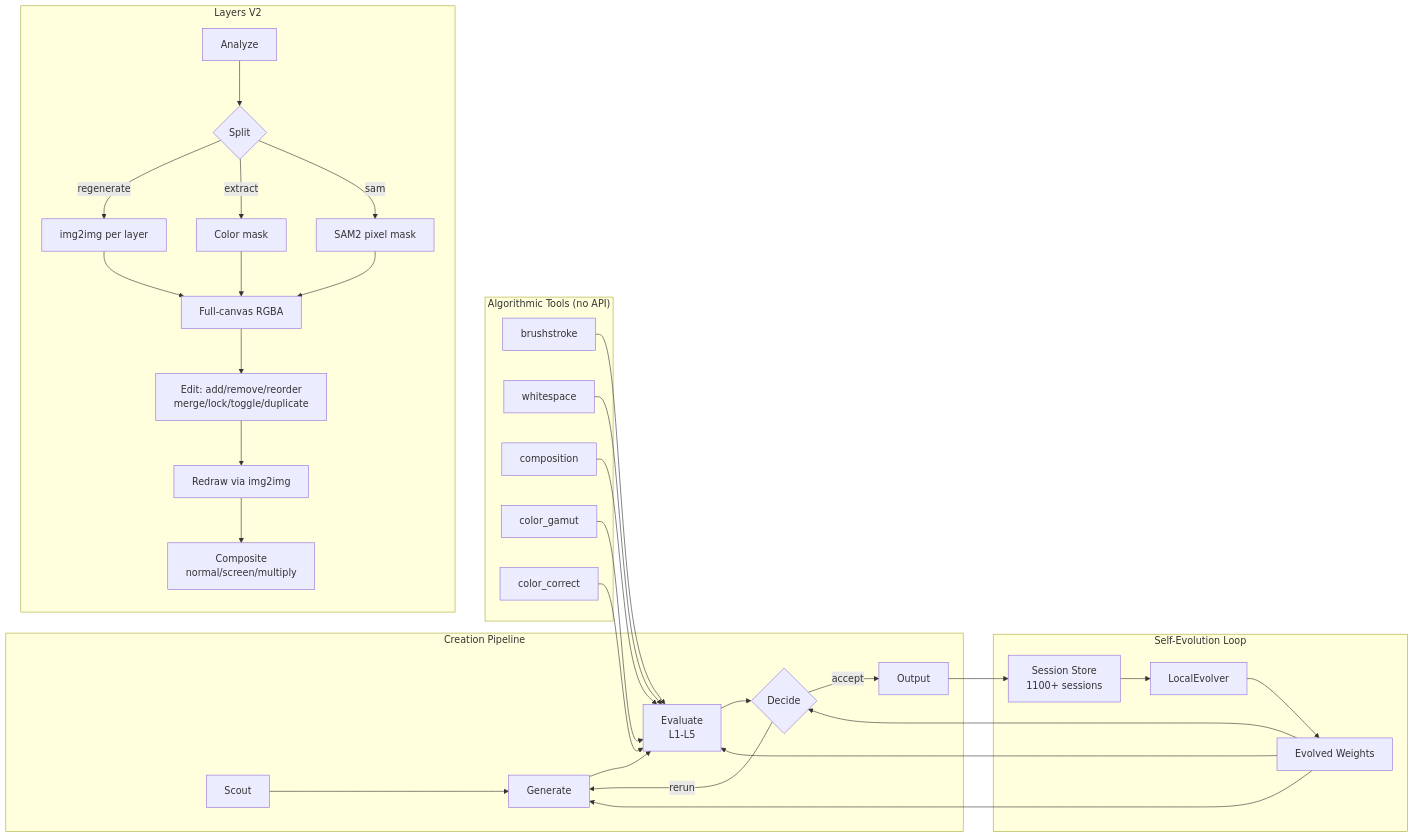
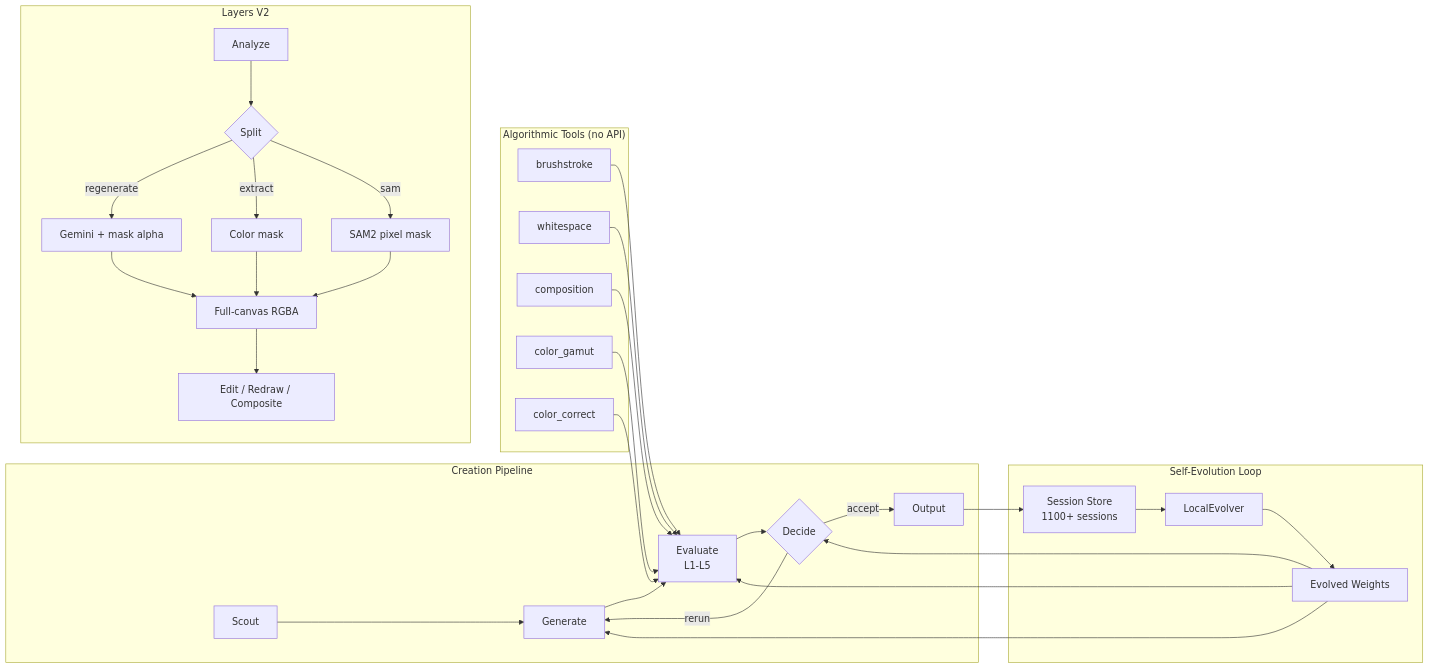
The first of 2 diagrams in README.md (vulca-org/vulca), drawn with Mermaid before and after one commit. The commit also changed other lines of this file and 8 other files, not shown here.

````diff
--- a/README.md
+++ b/README.md
@@ -38,40 +38,38 @@
 ```mermaid
 graph LR
     subgraph Pipeline["Creation Pipeline"]
         S[Scout] --> G[Generate]
         G --> E[Evaluate<br/>L1-L5]
         E --> D{Decide}
         D -->|rerun| G
         D -->|accept| OUT[Output]
     end
 
     subgraph Evolution["Self-Evolution Loop"]
         OUT --> SE[Session Store<br/>1100+ sessions]
         SE --> LE[LocalEvolver]
         LE --> EW[Evolved Weights]
         EW --> G
         EW --> E
         EW --> D
     end
 
     subgraph Tools["Algorithmic Tools (no API)"]
         T1[brushstroke] --> E
         T2[whitespace] --> E
         T3[composition] --> E
         T4[color_gamut] --> E
         T5[color_correct] --> E
     end
 
     subgraph LayersV2["Layers V2"]
         AN[Analyze] --> SP{Split}
-        SP -->|regenerate| IG[img2img per layer]
+        SP -->|regenerate| IG[Gemini + mask alpha]
         SP -->|extract| CM[Color mask]
         SP -->|sam| SAM[SAM2 pixel mask]
         IG --> FC[Full-canvas RGBA]
         CM --> FC
         SAM --> FC
-        FC --> ED[Edit: add/remove/reorder<br/>merge/lock/toggle/duplicate]
-        ED --> RD[Redraw via img2img]
-        RD --> CO[Composite<br/>normal/screen/multiply]
+        FC --> ED[Edit / Redraw / Composite]
     end
 ```
````
